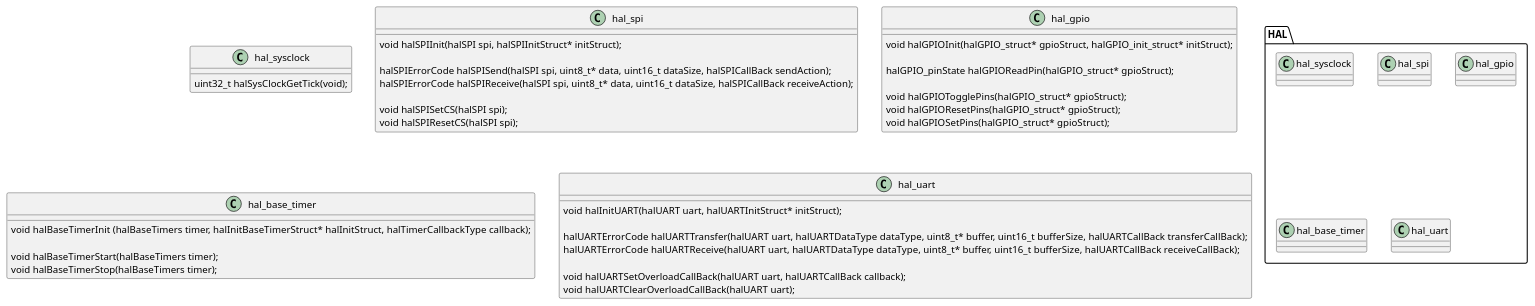
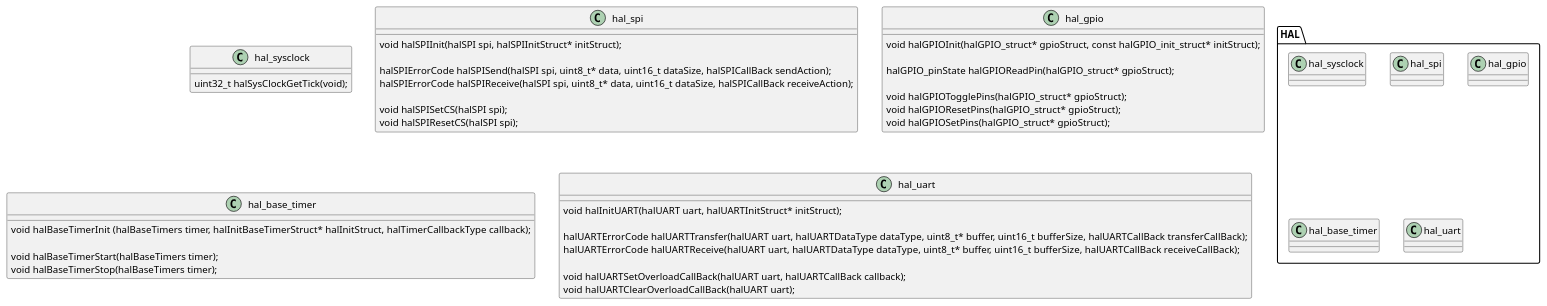
Before and after one commit to Mobivlad/STM32F4Platform: the diagram in uml/classes/hal_level.plantuml, drawn with PlantUML. The commit also changed 1 other file, not shown here.

Commit message:
Changed UML digrams

```diff
--- a/uml/classes/hal_level.plantuml
+++ b/uml/classes/hal_level.plantuml
@@ -1,52 +1,52 @@
 @startuml hal_level
 
 package HAL {
     class hal_sysclock
     class hal_spi
     class hal_gpio
     class hal_base_timer
     class hal_uart
 }
 
 class hal_sysclock {
     uint32_t halSysClockGetTick(void);
 }
 
 class hal_spi {
     void halSPIInit(halSPI spi, halSPIInitStruct* initStruct);
 
     halSPIErrorCode halSPISend(halSPI spi, uint8_t* data, uint16_t dataSize, halSPICallBack sendAction);
     halSPIErrorCode halSPIReceive(halSPI spi, uint8_t* data, uint16_t dataSize, halSPICallBack receiveAction);
 
     void halSPISetCS(halSPI spi);
     void halSPIResetCS(halSPI spi);
 }
 
 class hal_gpio {
-    void halGPIOInit(halGPIO_struct* gpioStruct, halGPIO_init_struct* initStruct);
+    void halGPIOInit(halGPIO_struct* gpioStruct, const halGPIO_init_struct* initStruct);
     
     halGPIO_pinState halGPIOReadPin(halGPIO_struct* gpioStruct);
 
     void halGPIOTogglePins(halGPIO_struct* gpioStruct);
     void halGPIOResetPins(halGPIO_struct* gpioStruct);
     void halGPIOSetPins(halGPIO_struct* gpioStruct);
 }
 
 class hal_base_timer {
     void halBaseTimerInit (halBaseTimers timer, halInitBaseTimerStruct* halInitStruct, halTimerCallbackType callback);
 
     void halBaseTimerStart(halBaseTimers timer);
     void halBaseTimerStop(halBaseTimers timer);
 }
 
 class hal_uart {
     void halInitUART(halUART uart, halUARTInitStruct* initStruct);
 
     halUARTErrorCode halUARTTransfer(halUART uart, halUARTDataType dataType, uint8_t* buffer, uint16_t bufferSize, halUARTCallBack transferCallBack);
     halUARTErrorCode halUARTReceive(halUART uart, halUARTDataType dataType, uint8_t* buffer, uint16_t bufferSize, halUARTCallBack receiveCallBack);
 
     void halUARTSetOverloadCallBack(halUART uart, halUARTCallBack callback);
     void halUARTClearOverloadCallBack(halUART uart);
 }
 
 @enduml
```
